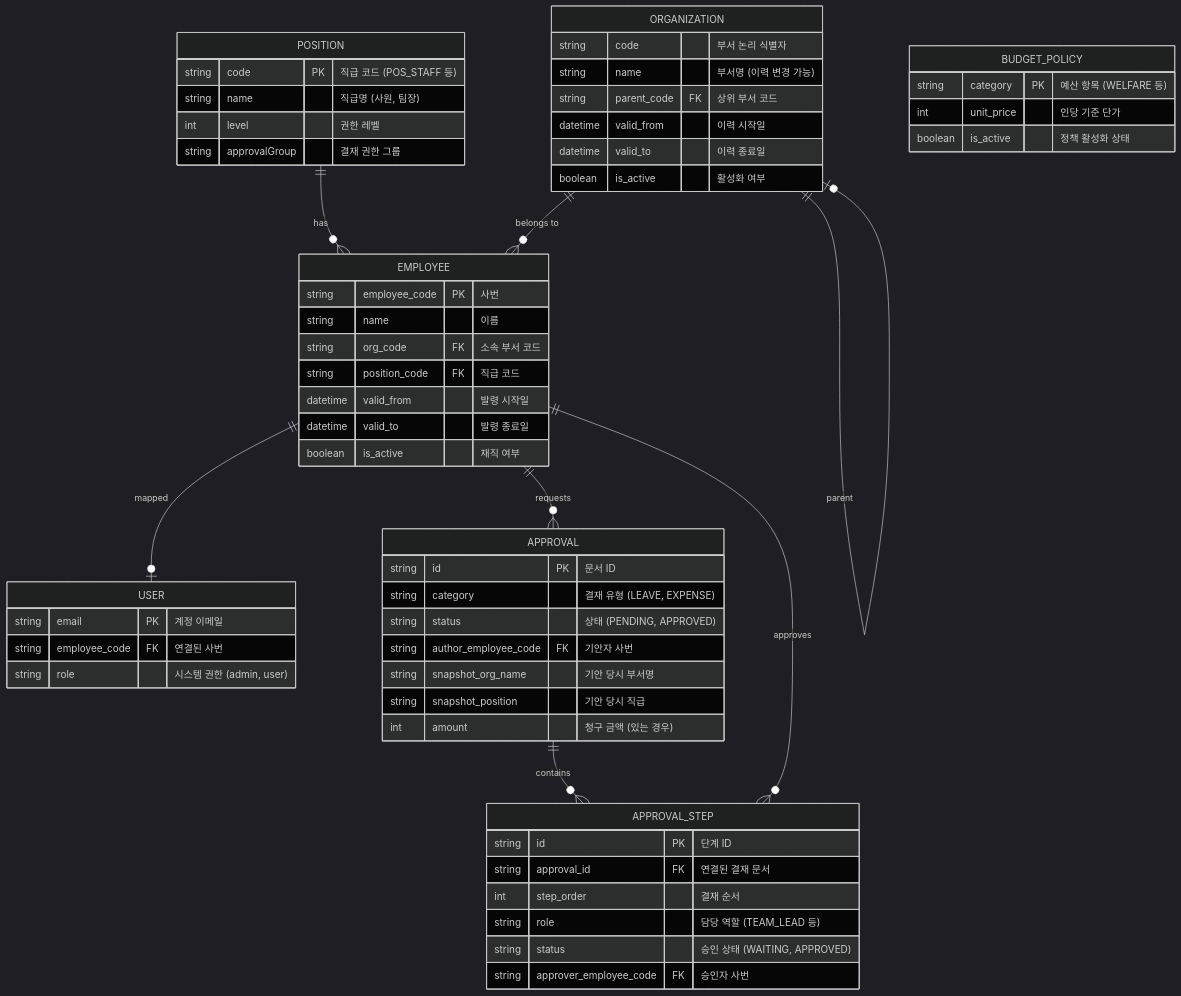
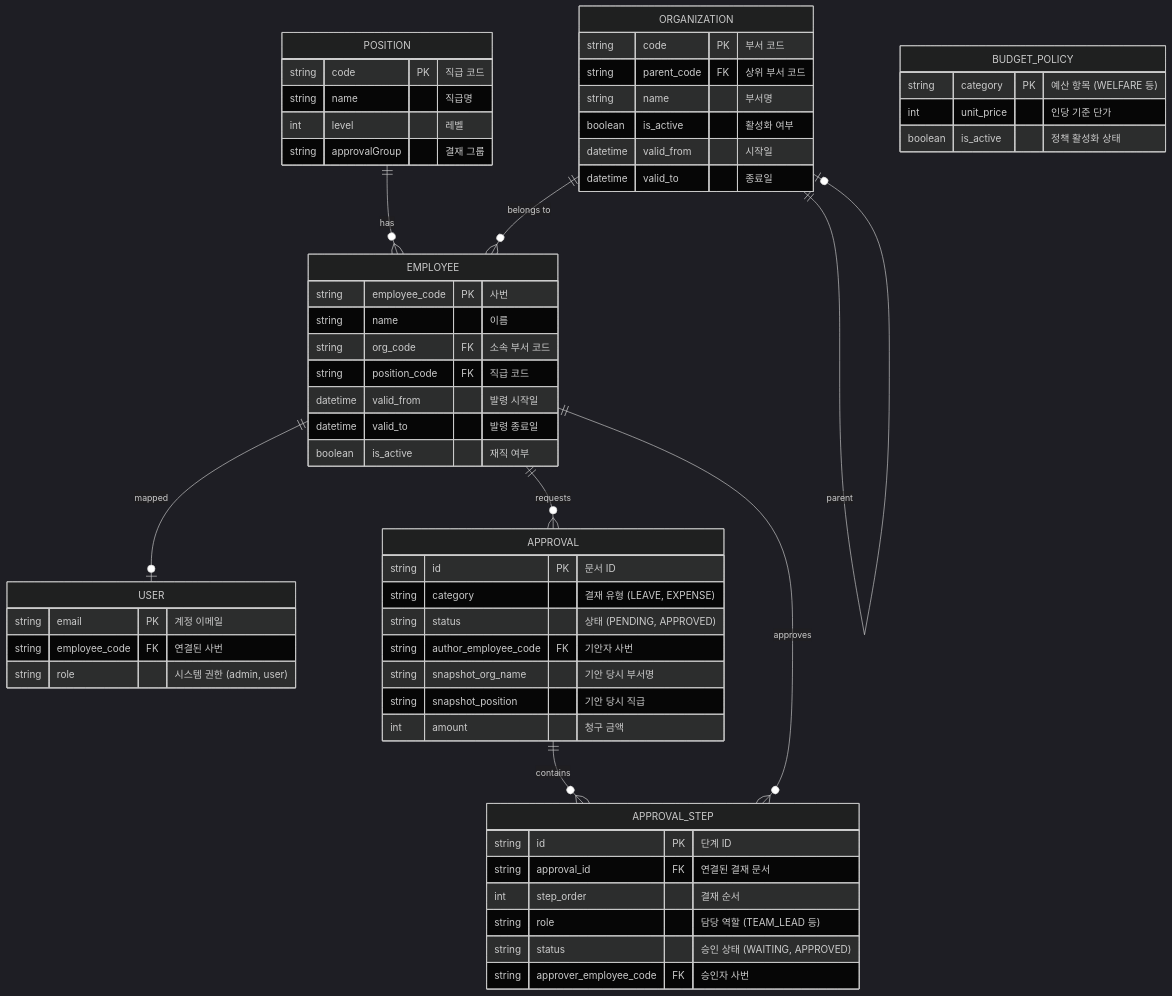
The diagram in README.md (sh0304/vibe-coding-project), drawn with Mermaid (dark theme) before and after one commit. The commit also changed other lines of this file, not shown here.

Commit message:
docs: README.md ERD 가독성 개선 및 상세 컬럼 정보 추가

````diff
--- a/README.md
+++ b/README.md
@@ -42,61 +42,61 @@
 ```mermaid
 erDiagram
+    ORGANIZATION ||--o{ EMPLOYEE : "belongs to"
     POSITION ||--o{ EMPLOYEE : "has"
-    ORGANIZATION ||--o{ EMPLOYEE : "belongs to"
-    ORGANIZATION ||--o| ORGANIZATION : "parent"
     EMPLOYEE ||--o| USER : "mapped"
     EMPLOYEE ||--o{ APPROVAL : "requests"
+    APPROVAL ||--o{ APPROVAL_STEP : "contains"
     EMPLOYEE ||--o{ APPROVAL_STEP : "approves"
-    APPROVAL ||--o{ APPROVAL_STEP : "contains"
+    ORGANIZATION ||--o| ORGANIZATION : "parent"
 
     POSITION {
-        string code PK "직급 코드 (POS_STAFF 등)"
-        string name "직급명 (사원, 팀장)"
-        int level "권한 레벨"
-        string approvalGroup "결재 권한 그룹"
+        string code PK "직급 코드"
+        string name "직급명"
+        int level "레벨"
+        string approvalGroup "결재 그룹"
     }
     ORGANIZATION {
-        string code "부서 논리 식별자"
-        string name "부서명 (이력 변경 가능)"
+        string code PK "부서 코드"
         string parent_code FK "상위 부서 코드"
-        datetime valid_from "이력 시작일"
-        datetime valid_to "이력 종료일"
+        string name "부서명"
         boolean is_active "활성화 여부"
+        datetime valid_from "시작일"
+        datetime valid_to "종료일"
     }
     EMPLOYEE {
         string employee_code PK "사번"
         string name "이름"
         string org_code FK "소속 부서 코드"
         string position_code FK "직급 코드"
         datetime valid_from "발령 시작일"
         datetime valid_to "발령 종료일"
         boolean is_active "재직 여부"
     }
     APPROVAL {
         string id PK "문서 ID"
         string category "결재 유형 (LEAVE, EXPENSE)"
         string status "상태 (PENDING, APPROVED)"
         string author_employee_code FK "기안자 사번"
         string snapshot_org_name "기안 당시 부서명"
         string snapshot_position "기안 당시 직급"
-        int amount "청구 금액 (있는 경우)"
+        int amount "청구 금액"
     }
     APPROVAL_STEP {
         string id PK "단계 ID"
         string approval_id FK "연결된 결재 문서"
         int step_order "결재 순서"
         string role "담당 역할 (TEAM_LEAD 등)"
         string status "승인 상태 (WAITING, APPROVED)"
         string approver_employee_code FK "승인자 사번"
     }
     USER {
         string email PK "계정 이메일"
         string employee_code FK "연결된 사번"
         string role "시스템 권한 (admin, user)"
     }
     BUDGET_POLICY {
         string category PK "예산 항목 (WELFARE 등)"
         int unit_price "인당 기준 단가"
         boolean is_active "정책 활성화 상태"
     }
 ```
````
